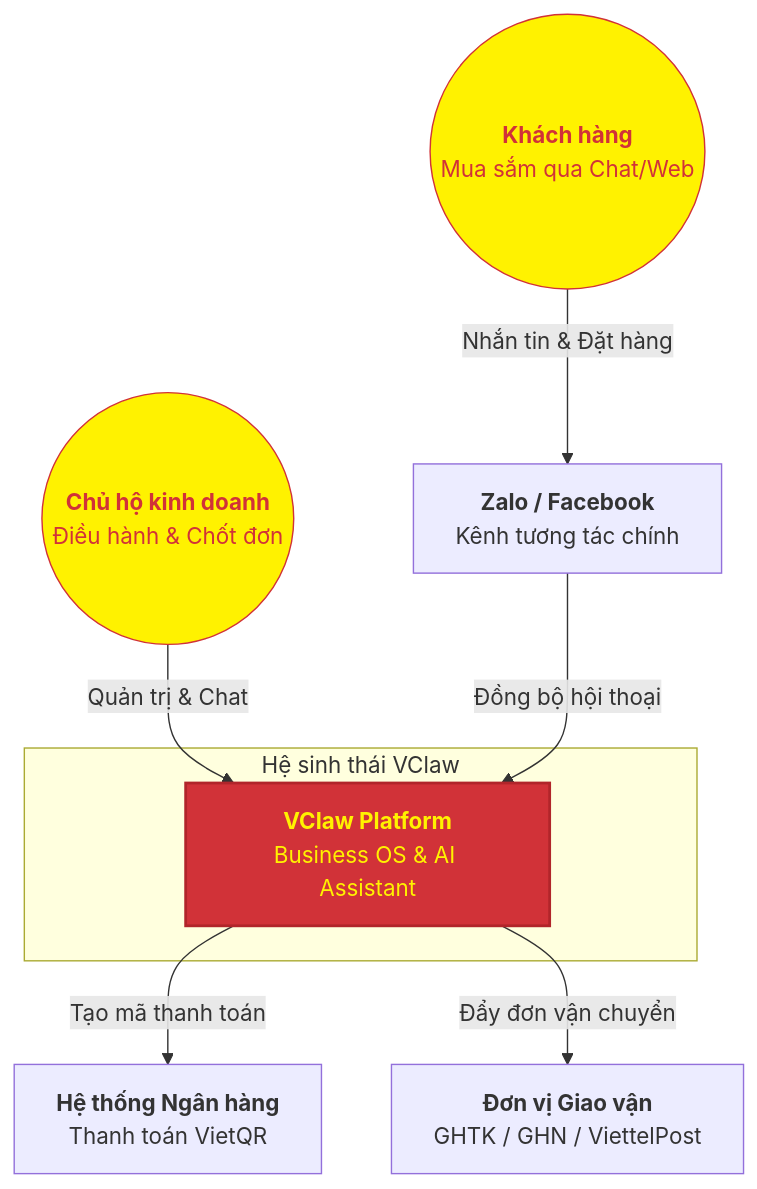
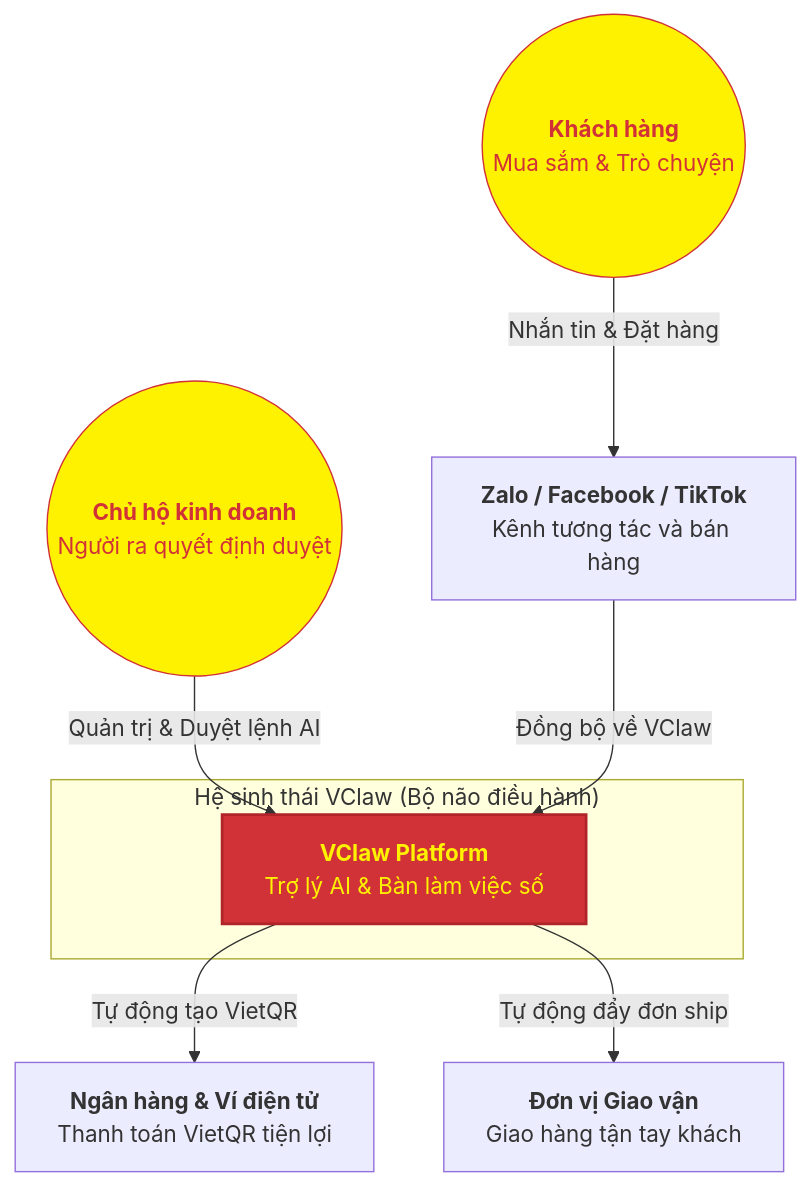
The diagram in vclaw-ui/docs/00-VClaw-Platform-Vision.vi.md (solana8800/vclaw-ui), drawn with Mermaid before and after one commit. The commit also changed other lines of this file and 25 other files, not shown here.

Commit message:
refactor: rewrite documentation and platform vision to emphasize AI-driven business operations and add supporting assets

````diff
--- a/vclaw-ui/docs/00-VClaw-Platform-Vision.vi.md
+++ b/vclaw-ui/docs/00-VClaw-Platform-Vision.vi.md
@@ -18,23 +18,23 @@
 ```mermaid
 graph TB
-    subgraph "Hệ sinh thái VClaw"
-        VClaw["<b>VClaw Platform</b><br/>Business OS & AI Assistant"]
+    subgraph "Hệ sinh thái VClaw (Bộ não điều hành)"
+        VClaw["<b>VClaw Platform</b><br/>Trợ lý AI & Bàn làm việc số"]
     end
 
-    User(("<b>Chủ hộ kinh doanh</b><br/>Điều hành & Chốt đơn"))
-    Customer(("<b>Khách hàng</b><br/>Mua sắm qua Chat/Web"))
+    User(("<b>Chủ hộ kinh doanh</b><br/>Người ra quyết định duyệt"))
+    Customer(("<b>Khách hàng</b><br/>Mua sắm & Trò chuyện"))
     
-    Zalo["<b>Zalo / Facebook</b><br/>Kênh tương tác chính"]
-    Bank["<b>Hệ thống Ngân hàng</b><br/>Thanh toán VietQR"]
-    Logistics["<b>Đơn vị Giao vận</b><br/>GHTK / GHN / ViettelPost"]
+    Social["<b>Zalo / Facebook / TikTok</b><br/>Kênh tương tác và bán hàng"]
+    Bank["<b>Ngân hàng & Ví điện tử</b><br/>Thanh toán VietQR tiện lợi"]
+    Logistics["<b>Đơn vị Giao vận</b><br/>Giao hàng tận tay khách"]
 
-    User -- "Quản trị & Chat" --> VClaw
-    Customer -- "Nhắn tin & Đặt hàng" --> Zalo
-    Zalo -- "Đồng bộ hội thoại" --> VClaw
-    VClaw -- "Tạo mã thanh toán" --> Bank
-    VClaw -- "Đẩy đơn vận chuyển" --> Logistics
+    User -- "Quản trị & Duyệt lệnh AI" --> VClaw
+    Customer -- "Nhắn tin & Đặt hàng" --> Social
+    Social -- "Đồng bộ về VClaw" --> VClaw
+    VClaw -- "Tự động tạo VietQR" --> Bank
+    VClaw -- "Tự động đẩy đơn ship" --> Logistics
     
     style VClaw fill:#D13238,color:#FFF200,stroke:#B1252A,stroke-width:2px
     style User fill:#FFF200,color:#D13238,stroke:#D13238,stroke-width:1px
     style Customer fill:#FFF200,color:#D13238,stroke:#D13238,stroke-width:1px
 ```
````
